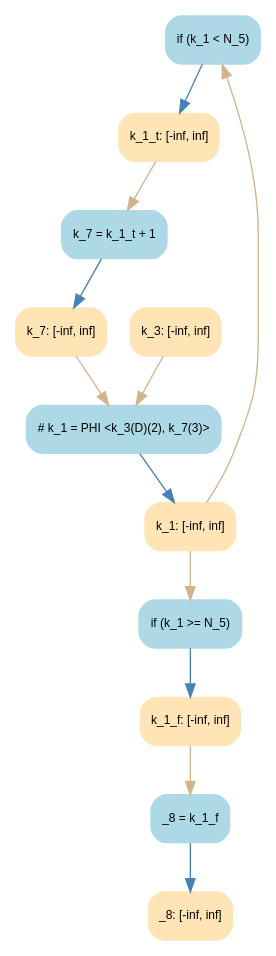
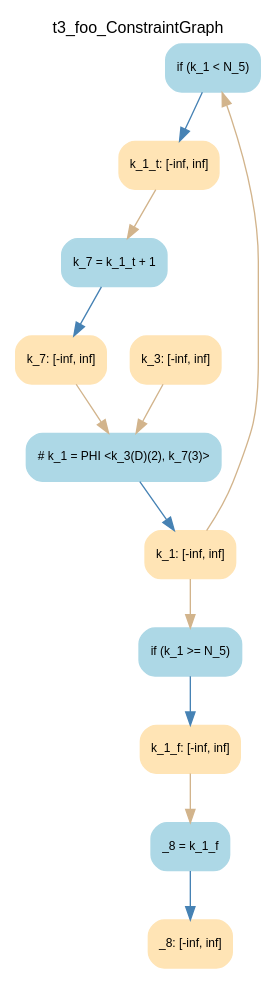
The diagram in dot/t3_foo_ConstraintGraph.dot (DeleteMemoryyy/RangeAnalysis), drawn with Graphviz before and after one commit. The commit also changed 48 other files, not shown here.

```diff
--- a/dot/t3_foo_ConstraintGraph.dot
+++ b/dot/t3_foo_ConstraintGraph.dot
@@ -1,32 +1,33 @@
 digraph t3_foo_ConstraintGraph { 
+	label=t3_foo_ConstraintGraph
 	center=true
 	labelloc=top
 	fontname=Arial
 	fontsize=12
 	edge[fontname=Arial, fontsize=10]
 	node[fontname=Arial, fontsize=9]
 
 		Node_0 -> Node_1 [color=steelblue]
 		Node_2 -> Node_3 [color=steelblue]
 		Node_4 -> Node_5 [color=steelblue]
 		Node_6 -> Node_7 [color=steelblue]
 		Node_8 -> Node_9 [color=steelblue]
 		Node_3 -> Node_4 [color=tan]
 		Node_5 -> Node_0 [color=tan]
 		Node_5 -> Node_6 [color=tan]
 		Node_1 -> Node_2 [color=tan]
 		Node_10 -> Node_4 [color=tan]
 		Node_7 -> Node_8 [color=tan]
 
 	Node_0 [fillcolor=lightblue, color=lightblue, shape=Mrecord, style=filled, label="{ if (k_1 \< N_5) }"]
 	Node_2 [fillcolor=lightblue, color=lightblue, shape=Mrecord, style=filled, label="{ k_7 = k_1_t + 1 }"]
 	Node_4 [fillcolor=lightblue, color=lightblue, shape=Mrecord, style=filled, label="{ # k_1 = PHI \<k_3(D)(2), k_7(3)\> }"]
 	Node_6 [fillcolor=lightblue, color=lightblue, shape=Mrecord, style=filled, label="{ if (k_1 \>= N_5) }"]
 	Node_8 [fillcolor=lightblue, color=lightblue, shape=Mrecord, style=filled, label="{ _8 = k_1_f }"]
 	Node_3 [fillcolor=moccasin, color=moccasin, shape=Mrecord, style=filled, label="{ k_7: \[-inf, inf\] }"]
 	Node_5 [fillcolor=moccasin, color=moccasin, shape=Mrecord, style=filled, label="{ k_1: \[-inf, inf\] }"]
 	Node_1 [fillcolor=moccasin, color=moccasin, shape=Mrecord, style=filled, label="{ k_1_t: \[-inf, inf\] }"]
 	Node_10 [fillcolor=moccasin, color=moccasin, shape=Mrecord, style=filled, label="{ k_3: \[-inf, inf\] }"]
 	Node_7 [fillcolor=moccasin, color=moccasin, shape=Mrecord, style=filled, label="{ k_1_f: \[-inf, inf\] }"]
 	Node_9 [fillcolor=moccasin, color=moccasin, shape=Mrecord, style=filled, label="{ _8: \[-inf, inf\] }"]
 }
```
